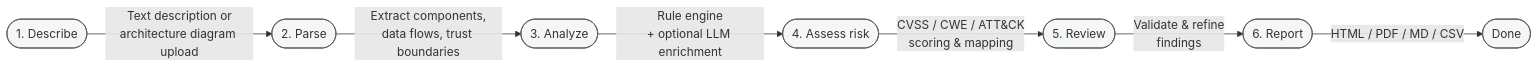
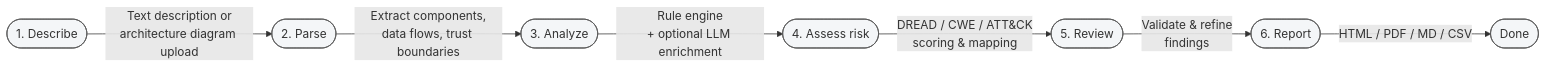
Before and after one commit to rootabhi1/ThreatGuard: the diagram in docs/images/README.md, drawn with Mermaid. The commit also changed other lines of this file and 27 other files, not shown here.

First line of the commit message:
Drop CVSS, complete OWASP LLM Top 10, and grow compliance/ATT&CK mapping (#27)

````diff
--- a/docs/images/README.md
+++ b/docs/images/README.md
@@ -24,11 +24,11 @@
 ```mermaid
 flowchart LR
     A([1. Describe]) -->|"Text description or<br>architecture diagram upload"| B([2. Parse])
     B -->|"Extract components,<br>data flows, trust boundaries"| C([3. Analyze])
     C -->|"Rule engine<br>+ optional LLM enrichment"| D([4. Assess risk])
-    D -->|"CVSS / CWE / ATT&CK<br>scoring & mapping"| E([5. Review])
+    D -->|"DREAD / CWE / ATT&CK<br>scoring & mapping"| E([5. Review])
     E -->|"Validate & refine<br>findings"| F([6. Report])
     F -->|"HTML / PDF / MD / CSV"| G([Done])
 
     classDef default fill:#f4f6f8,stroke:#555,stroke-width:1px,color:#333;
 ```
````
